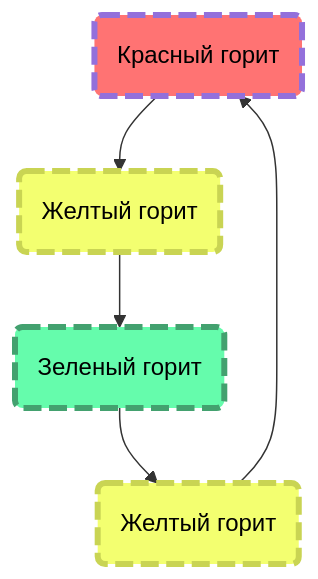
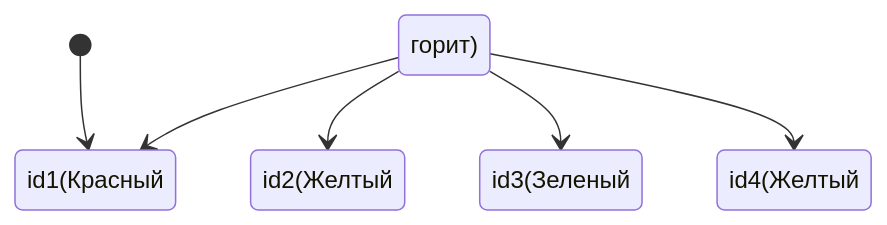
Before and after one commit to limoncatGod/traffic_light: the diagram in README.md, drawn with Mermaid.

````diff
--- a/README.md
+++ b/README.md
@@ -4,11 +4,15 @@
 ```mermaid
-flowchart TD
+stateDiagram-v2
+    [*]-->id1(Красный горит)
+
     id1(Красный горит)-->id2(Желтый горит)
     id2(Желтый горит)-->id3(Зеленый горит)
+    id4(Желтый горит)-->id1(Красный горит)
+
     id3(Зеленый горит)-->id4(Желтый горит)
-    id4(Желтый горит)-->id1(Красный горит)
+    
     style id1 fill:#ff7373,stroke:##c95757,stroke-width:4px,color:#000,stroke-dasharray: 12 5
     style id2 fill:#f3ff70,stroke:#c9d453,stroke-width:4px,color:#000,stroke-dasharray: 12 5
     style id3 fill:#65fcac,stroke:#43a16f,stroke-width:4px,color:#000,stroke-dasharray: 12 5
     style id4 fill:#f3ff70,stroke:#c9d453,stroke-width:4px,color:#000,stroke-dasharray: 12 5
 ```
````
